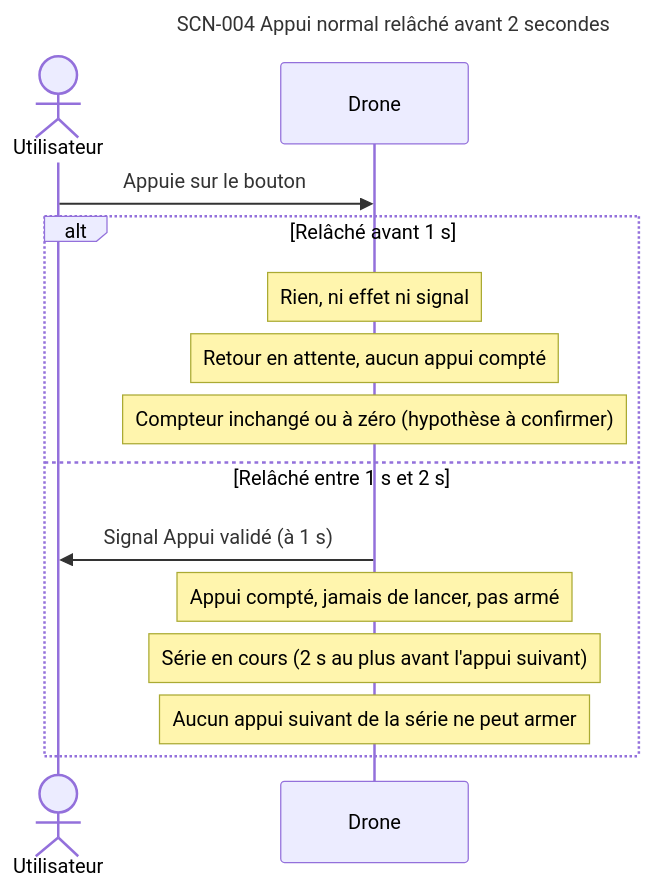
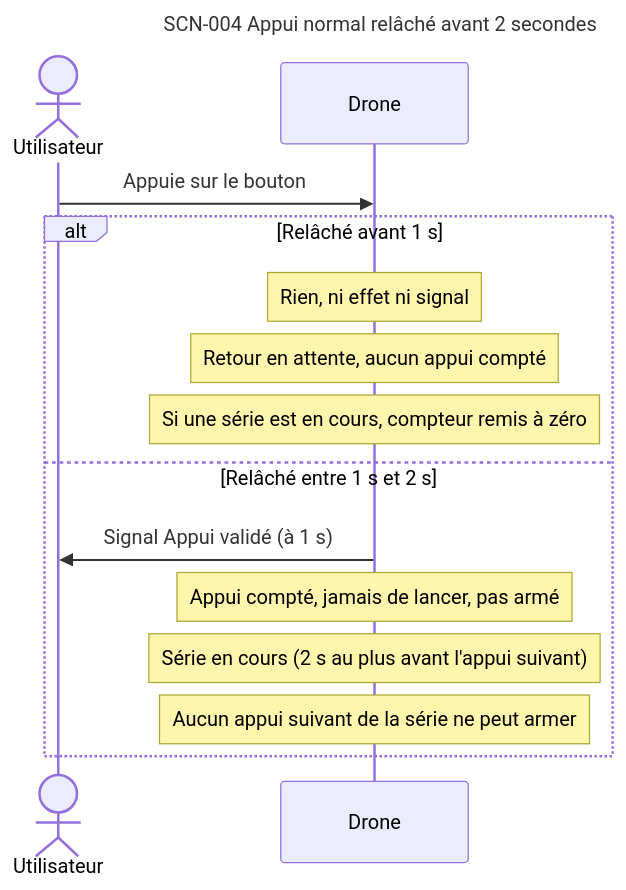
One commit to thourymatthieu-png/coworker_archi_system changed the eighth of 15 diagrams in projets/boomrone/00-scenarios.md. Above: the diagram before and after it, drawn with Mermaid. The commit also changed other lines of this file and 6 other files, not shown here.

````diff
--- a/projets/boomrone/00-scenarios.md
+++ b/projets/boomrone/00-scenarios.md
@@ -423,19 +446,19 @@
 ```mermaid
 ---
 title: "SCN-004 Appui normal relâché avant 2 secondes"
 ---
 sequenceDiagram
     actor U as Utilisateur
     participant D as Drone
     U->>D: Appuie sur le bouton
     alt Relâché avant 1 s
         Note over D: Rien, ni effet ni signal
         Note over D: Retour en attente, aucun appui compté
-        Note over D: Compteur inchangé ou à zéro (hypothèse à confirmer)
+        Note over D: Si une série est en cours, compteur remis à zéro
     else Relâché entre 1 s et 2 s
         D->>U: Signal Appui validé (à 1 s)
         Note over D: Appui compté, jamais de lancer, pas armé
         Note over D: Série en cours (2 s au plus avant l'appui suivant)
         Note over D: Aucun appui suivant de la série ne peut armer
     end
 ```
````
